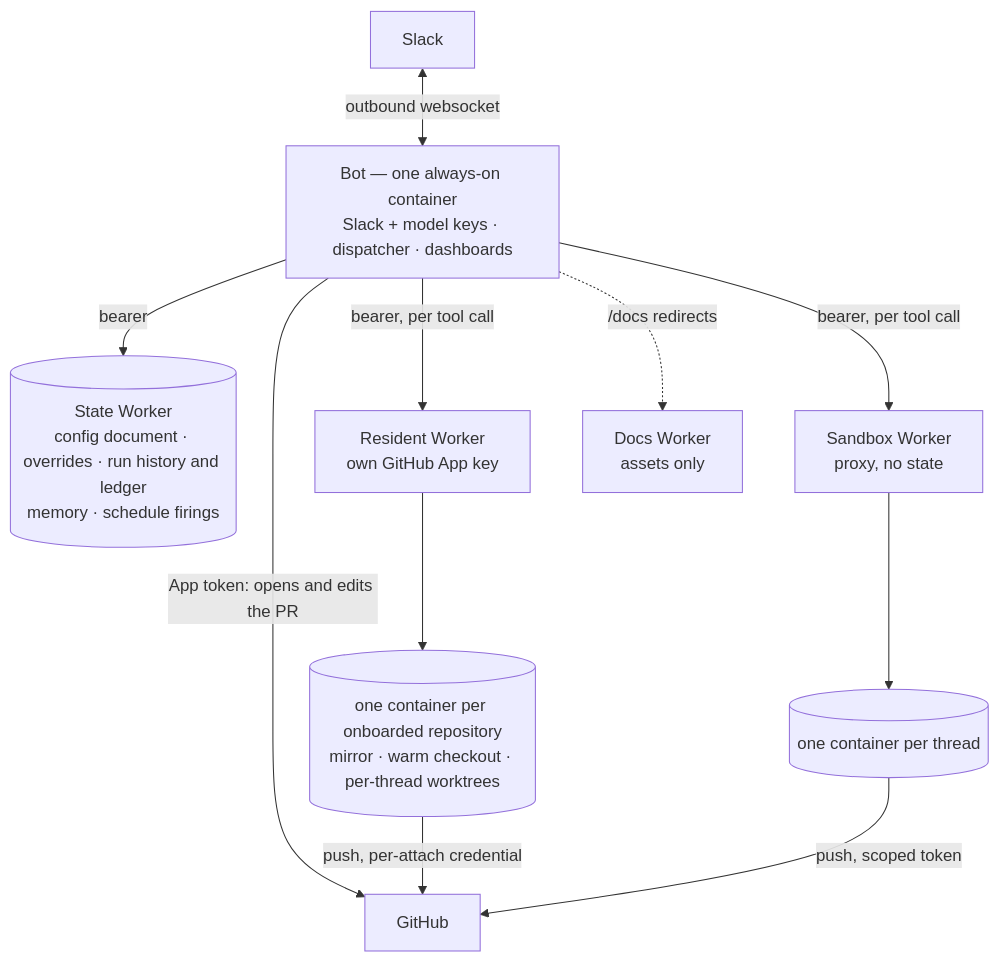
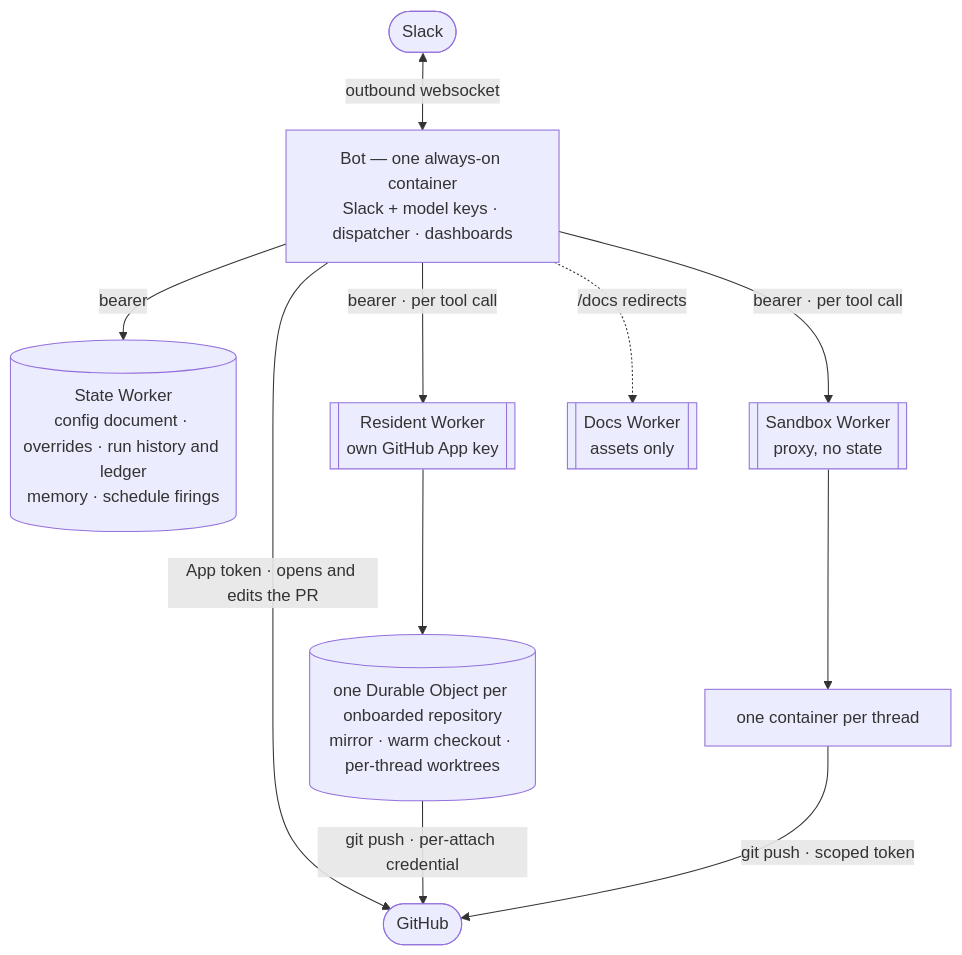
One commit to coreplanelabs/switchboard changed the third of 3 diagrams in docs/explanation/architecture.md. Above: the diagram before and after it, drawn with Mermaid. The commit also changed other lines of this file and 22 other files, not shown here.

First line of the commit message:
docs(docs): every diagram shares one visual system, and the four seams and the deploy order are drawn from one source each

````diff
--- a/docs/explanation/architecture.md
+++ b/docs/explanation/architecture.md
@@ -77,20 +82,20 @@
 ```mermaid
-flowchart TD
+flowchart TB
+    SLACK(["Slack"])
+    GH(["GitHub"])
     BOT["Bot — one always-on container<br/>Slack + model keys · dispatcher · dashboards"]
     STATE[("State Worker<br/>config document · overrides · run history and ledger<br/>memory · schedule firings")]
-    RES["Resident Worker<br/>own GitHub App key"]
-    RDO[("one container per onboarded repository<br/>mirror · warm checkout · per-thread worktrees")]
-    SBX["Sandbox Worker<br/>proxy, no state"]
-    SDO[("one container per thread")]
-    DOCS["Docs Worker<br/>assets only"]
-    GH["GitHub"]
-    SLACK["Slack"]
+    RES[["Resident Worker<br/>own GitHub App key"]]
+    RDO[("one Durable Object per onboarded repository<br/>mirror · warm checkout · per-thread worktrees")]
+    SBX[["Sandbox Worker<br/>proxy, no state"]]
+    SDO["one container per thread"]
+    DOCS[["Docs Worker<br/>assets only"]]
     SLACK <-->|"outbound websocket"| BOT
     BOT -->|"bearer"| STATE
-    BOT -->|"bearer, per tool call"| RES --> RDO
-    BOT -->|"bearer, per tool call"| SBX --> SDO
-    BOT -->|"App token: opens and edits the PR"| GH
-    RDO -->|"push, per-attach credential"| GH
-    SDO -->|"push, scoped token"| GH
+    BOT -->|"bearer · per tool call"| RES --> RDO
+    BOT -->|"bearer · per tool call"| SBX --> SDO
+    BOT -->|"App token · opens and edits the PR"| GH
+    RDO -->|"git push · per-attach credential"| GH
+    SDO -->|"git push · scoped token"| GH
     BOT -.->|"/docs redirects"| DOCS
 ```
````
